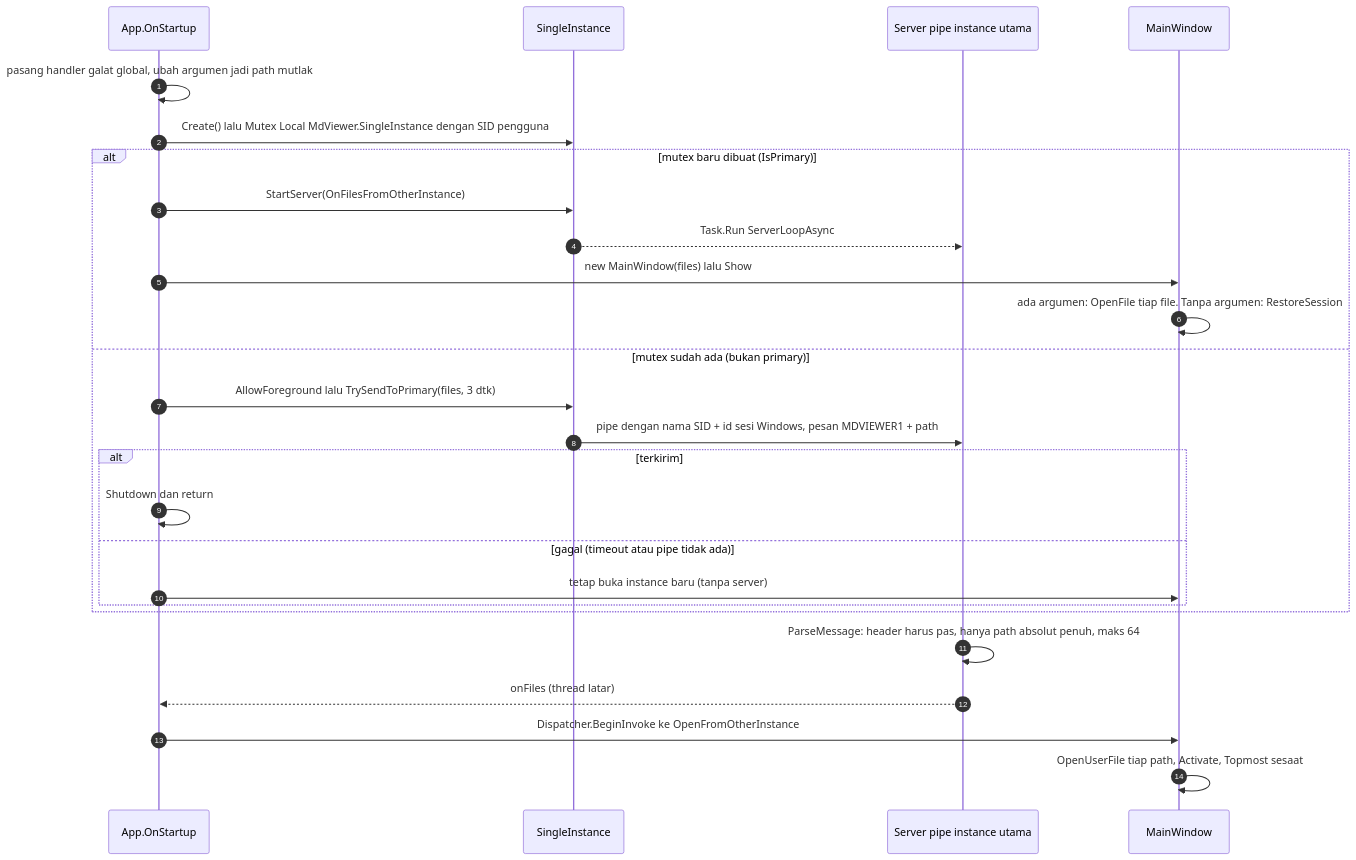
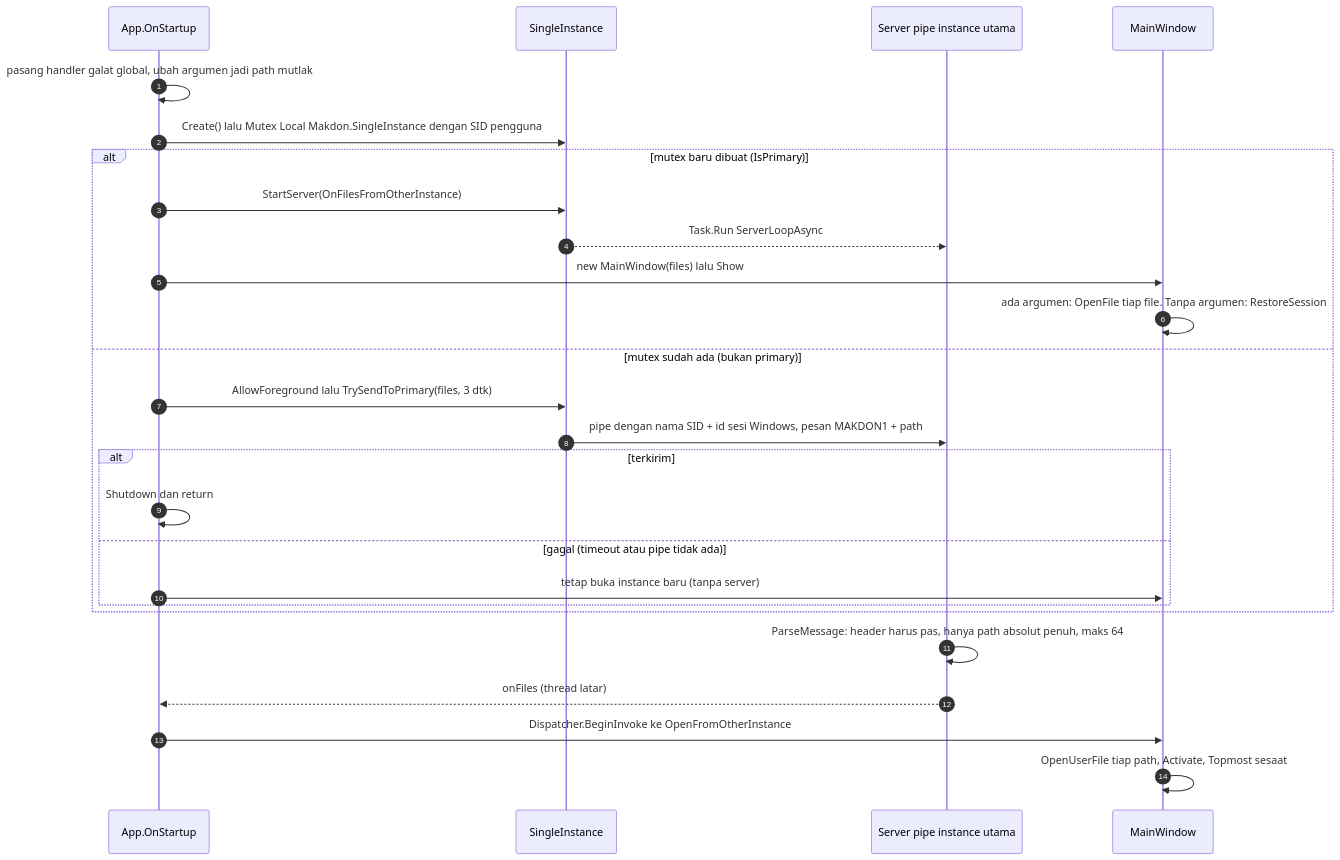
One commit to hoaaah/Makdon changed the second of 14 diagrams in docs/ARCHITECTURE.md. Above: the diagram before and after it, drawn with Mermaid. The commit also changed other lines of this file and 154 other files, not shown here.

First line of the commit message:
Ganti nama proyek MdViewer menjadi Makdon

````diff
--- a/docs/ARCHITECTURE.md
+++ b/docs/ARCHITECTURE.md
@@ -179,29 +179,29 @@
 ```mermaid
 sequenceDiagram
     autonumber
     participant A as App.OnStartup
     participant S as SingleInstance
     participant P as Server pipe instance utama
     participant M as MainWindow
 
     A->>A: pasang handler galat global, ubah argumen jadi path mutlak
-    A->>S: Create() lalu Mutex Local MdViewer.SingleInstance dengan SID pengguna
+    A->>S: Create() lalu Mutex Local Makdon.SingleInstance dengan SID pengguna
     alt mutex baru dibuat (IsPrimary)
         A->>S: StartServer(OnFilesFromOtherInstance)
         S-->>P: Task.Run ServerLoopAsync
         A->>M: new MainWindow(files) lalu Show
         M->>M: ada argumen: OpenFile tiap file. Tanpa argumen: RestoreSession
     else mutex sudah ada (bukan primary)
         A->>S: AllowForeground lalu TrySendToPrimary(files, 3 dtk)
-        S->>P: pipe dengan nama SID + id sesi Windows, pesan MDVIEWER1 + path
+        S->>P: pipe dengan nama SID + id sesi Windows, pesan MAKDON1 + path
         alt terkirim
             A->>A: Shutdown dan return
         else gagal (timeout atau pipe tidak ada)
             A->>M: tetap buka instance baru (tanpa server)
         end
     end
     P->>P: ParseMessage: header harus pas, hanya path absolut penuh, maks 64
     P-->>A: onFiles (thread latar)
     A->>M: Dispatcher.BeginInvoke ke OpenFromOtherInstance
     M->>M: OpenUserFile tiap path, Activate, Topmost sesaat
 ```
````
